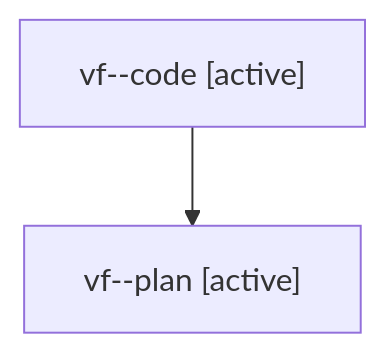
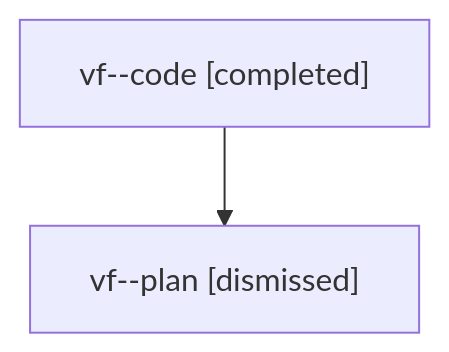
The diagram in families/bbugyi200.athena.vf.md (sase-org/sase--agents), drawn with Mermaid before and after one commit. The commit also changed other lines of this file and 1506 other files, not shown here.

````diff
--- a/families/bbugyi200.athena.vf.md
+++ b/families/bbugyi200.athena.vf.md
@@ -9,6 +9,6 @@
 ```mermaid
 flowchart TD
-  n0["vf--code [active]"]
-  n1["vf--plan [active]"]
+  n0["vf--code [completed]"]
+  n1["vf--plan [dismissed]"]
   n0 --> n1
 ```
````
